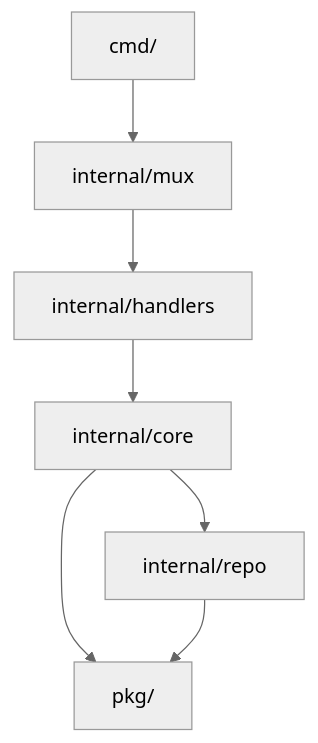
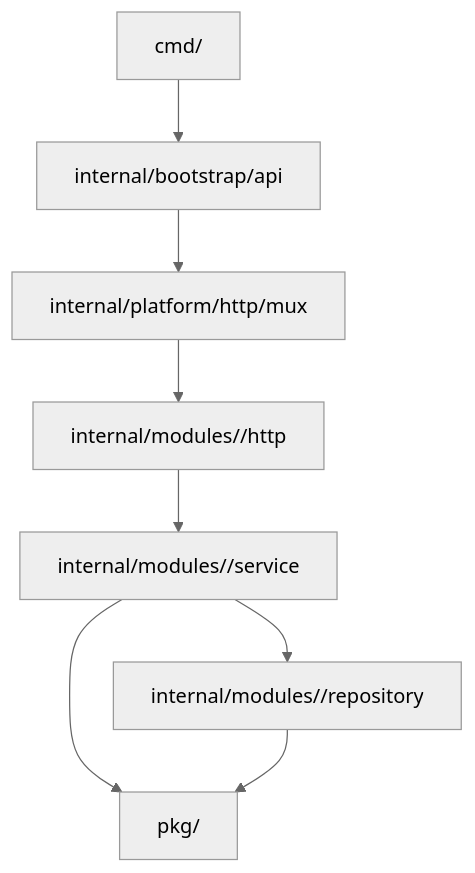
One commit to complexus-tech/fortyone changed the diagram in apps/server/README.md. Above: the diagram before and after it, drawn with Mermaid (neutral theme). The commit also changed other lines of this file and 375 other files, not shown here.

Commit message:
refactor: Migrate application components from `core`, `repo`, and `handlers` to a new `internal/modules` structure.

````diff
--- a/apps/server/README.md
+++ b/apps/server/README.md
@@ -126,9 +126,10 @@
 ```mermaid
 graph TD
-    cmd[cmd/] --> mux[internal/mux]
-    mux --> handlers[internal/handlers]
-    handlers --> core[internal/core]
-    core --> repo[internal/repo]
-    core --> pkg[pkg/]
+    cmd[cmd/] --> app[internal/bootstrap/api]
+    app --> mux[internal/platform/http/mux]
+    mux --> http[internal/modules/<domain>/http]
+    http --> service[internal/modules/<domain>/service]
+    service --> repo[internal/modules/<domain>/repository]
+    service --> pkg[pkg/]
     repo --> pkg
 ```
````
